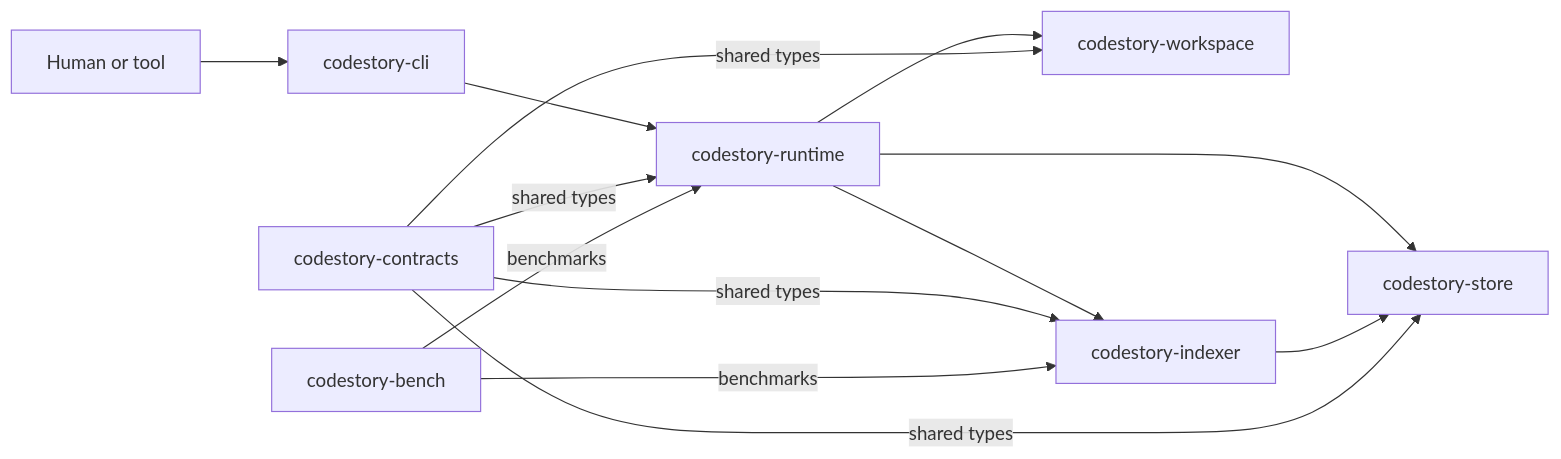
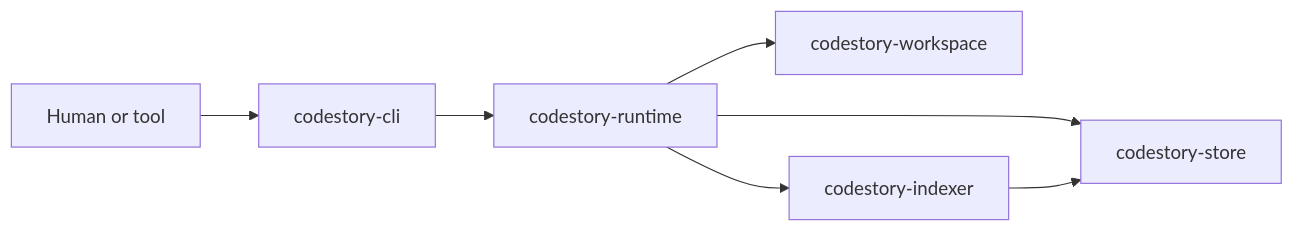
The first of 2 diagrams in README.md (TheGreenCedar/CodeStory), drawn with Mermaid before and after one commit. The commit also changed other lines of this file and 1 other file, not shown here.

````diff
--- a/README.md
+++ b/README.md
@@ -7,15 +7,9 @@
 ```mermaid
 flowchart LR
     User["Human or tool"] --> CLI["codestory-cli"]
     CLI["codestory-cli"] --> Runtime["codestory-runtime"]
     Runtime --> Workspace["codestory-workspace"]
     Runtime --> Indexer["codestory-indexer"]
     Runtime --> Store["codestory-store"]
     Indexer --> Store
-    Contracts["codestory-contracts"] -->|"shared types"| Workspace
-    Contracts -->|"shared types"| Indexer
-    Contracts -->|"shared types"| Store
-    Contracts -->|"shared types"| Runtime
-    Bench["codestory-bench"] -->|"benchmarks"| Indexer
-    Bench -->|"benchmarks"| Runtime
 ```
````
